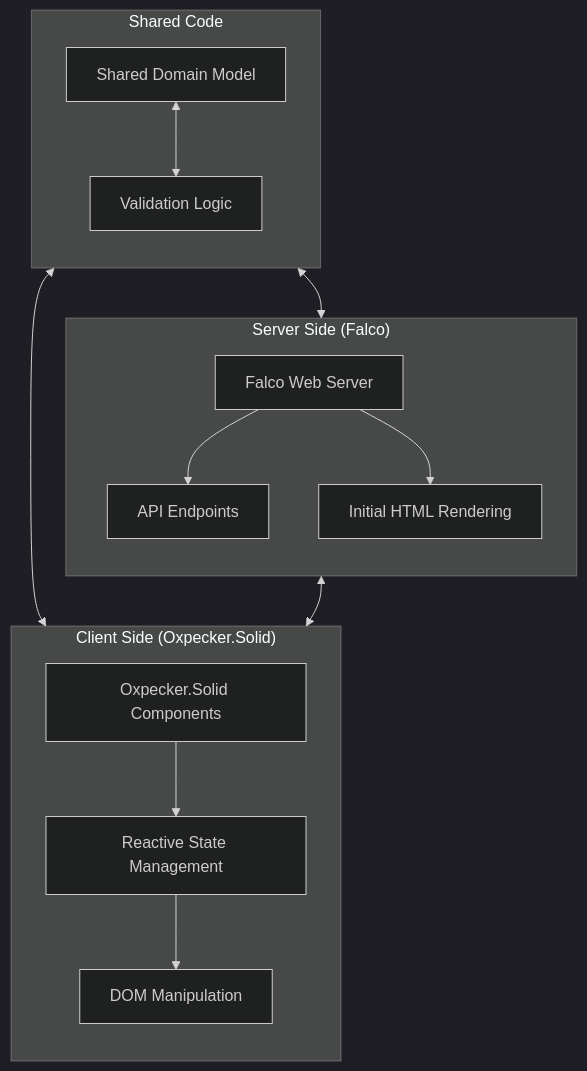
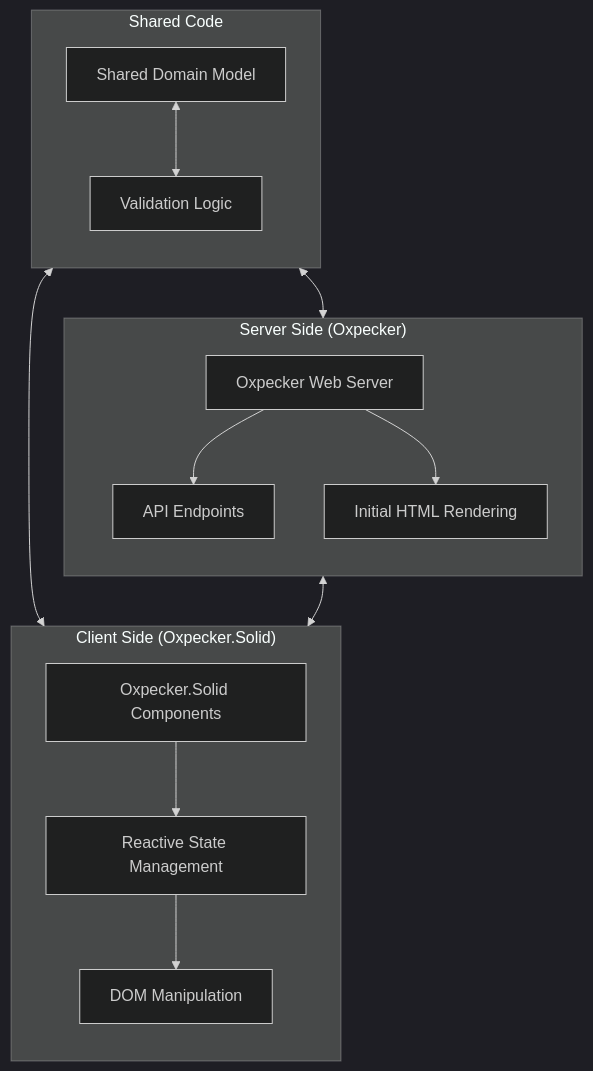
One commit to speakeztech/FlightDeck changed the diagram in docs/03 Oxpecker.Solid Integration.md. Above: the diagram before and after it, drawn with Mermaid. The commit also changed other lines of this file and 12 other files, not shown here.

````diff
--- a/docs/03 Oxpecker.Solid Integration.md
+++ b/docs/03 Oxpecker.Solid Integration.md
@@ -11,35 +11,35 @@
 ```mermaid
 %%{init: {'theme': 'dark'}}%%
 flowchart TB
-    subgraph Server["Server Side (Falco)"]
+    subgraph Server["Server Side (Oxpecker)"]
         direction TB
-        FalcoServer["Falco Web Server"]
+        OxpeckerServer["Oxpecker Web Server"]
         APIEndpoints["API Endpoints"]
         HTMLRendering["Initial HTML Rendering"]
         
-        FalcoServer --> APIEndpoints
-        FalcoServer --> HTMLRendering
+        OxpeckerServer --> APIEndpoints
+        OxpeckerServer --> HTMLRendering
     end
     
     subgraph Client["Client Side (Oxpecker.Solid)"]
         direction TB
         OxpeckerComponents["Oxpecker.Solid Components"]
         ReactiveState["Reactive State Management"]
         DOMUpdates["DOM Manipulation"]
         
         OxpeckerComponents --> ReactiveState
         ReactiveState --> DOMUpdates
     end
     
     subgraph Shared["Shared Code"]
         direction TB
         SharedDomain["Shared Domain Model"]
         ValidationLogic["Validation Logic"]
         
         SharedDomain <--> ValidationLogic
     end
     
     Shared <--> Server
     Shared <--> Client
     Server <--> Client
 ```
````
